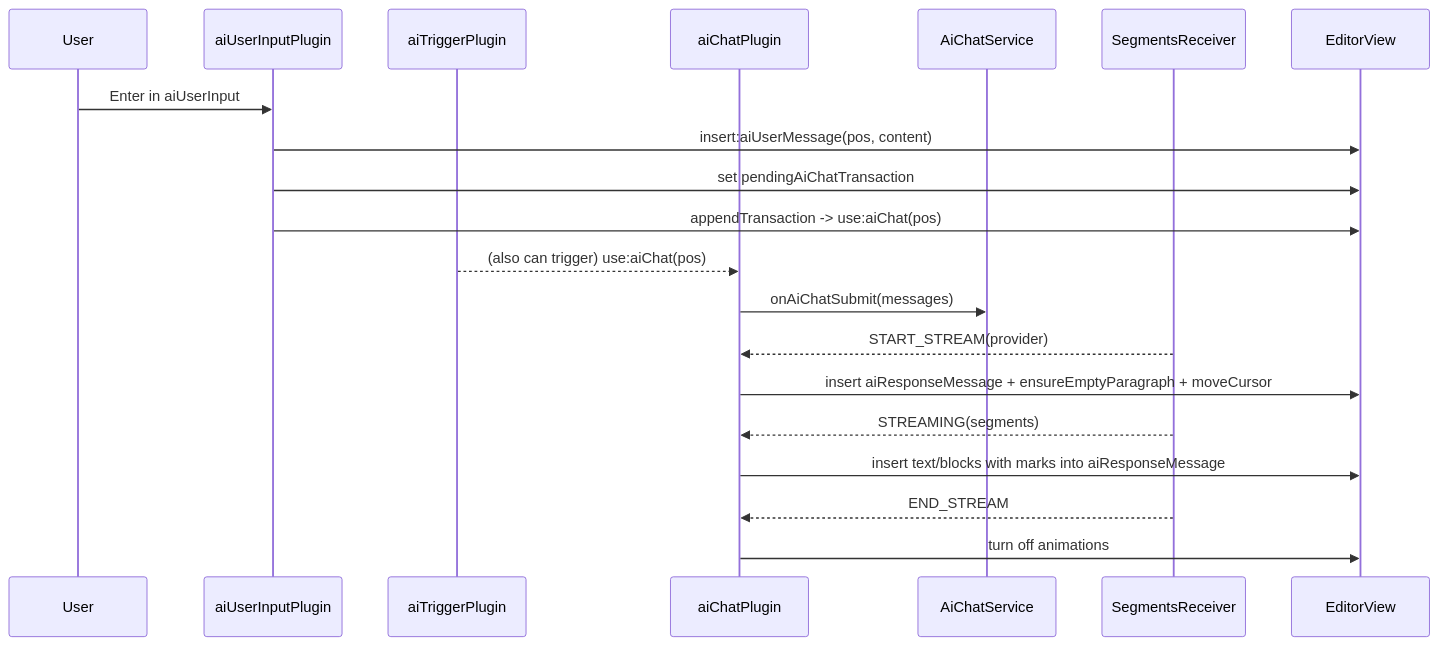
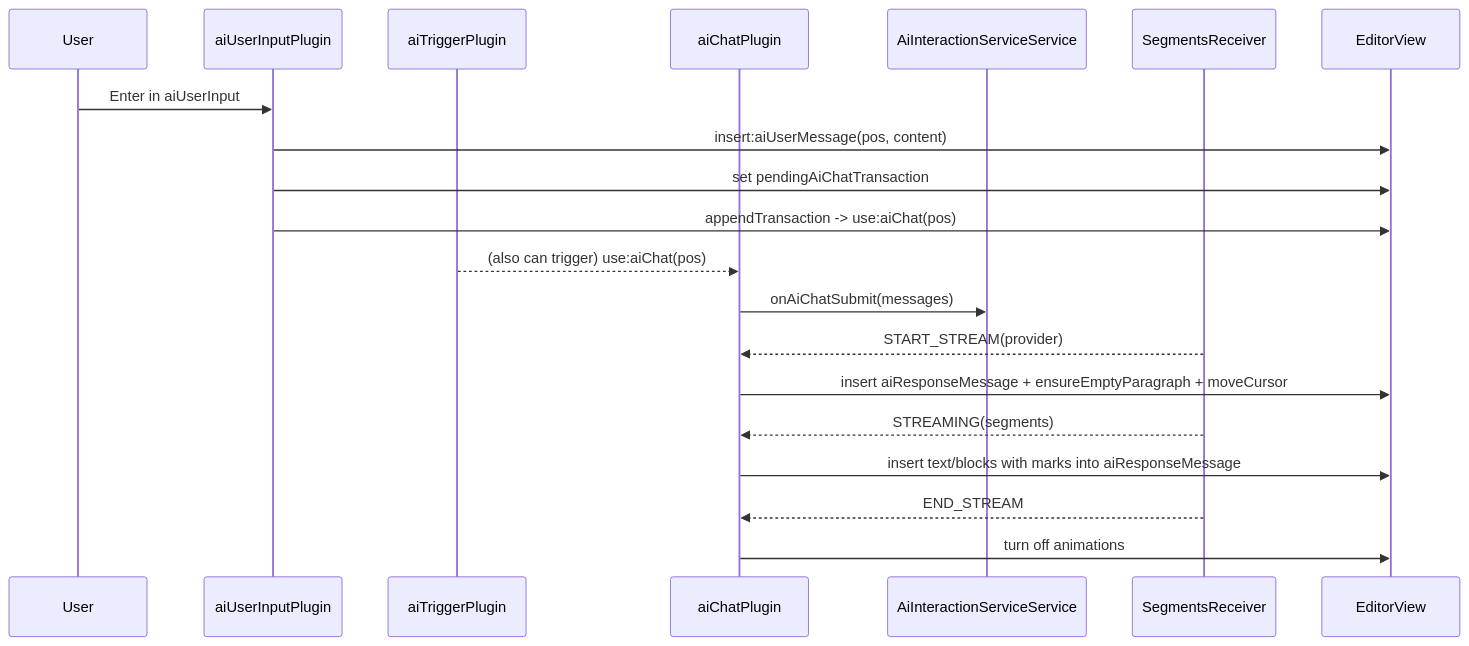
The eighth of 9 diagrams in services/web-ui/src/components/proseMirror/README.md (Lixpi/lixpi.ai-bridge), drawn with Mermaid before and after one commit. The commit also changed other lines of this file and 3 other files, not shown here.

````diff
--- a/services/web-ui/src/components/proseMirror/README.md
+++ b/services/web-ui/src/components/proseMirror/README.md
@@ -287,21 +287,21 @@
 ```mermaid
 sequenceDiagram
   participant UI as User
   participant AU as aiUserInputPlugin
   participant AT as aiTriggerPlugin
   participant AC as aiChatPlugin
-  participant S as AiChatService
+  participant S as AiInteractionServiceService
   participant SR as SegmentsReceiver
   UI->>AU: Enter in aiUserInput
   AU->>EditorView: insert:aiUserMessage(pos, content)
   AU->>EditorView: set pendingAiChatTransaction
   AU->>EditorView: appendTransaction -> use:aiChat(pos)
   AT-->>AC: (also can trigger) use:aiChat(pos)
   AC->>S: onAiChatSubmit(messages)
   SR-->>AC: START_STREAM(provider)
   AC->>EditorView: insert aiResponseMessage + ensureEmptyParagraph + moveCursor
   SR-->>AC: STREAMING(segments)
   AC->>EditorView: insert text/blocks with marks into aiResponseMessage
   SR-->>AC: END_STREAM
   AC->>EditorView: turn off animations
 ```
````
